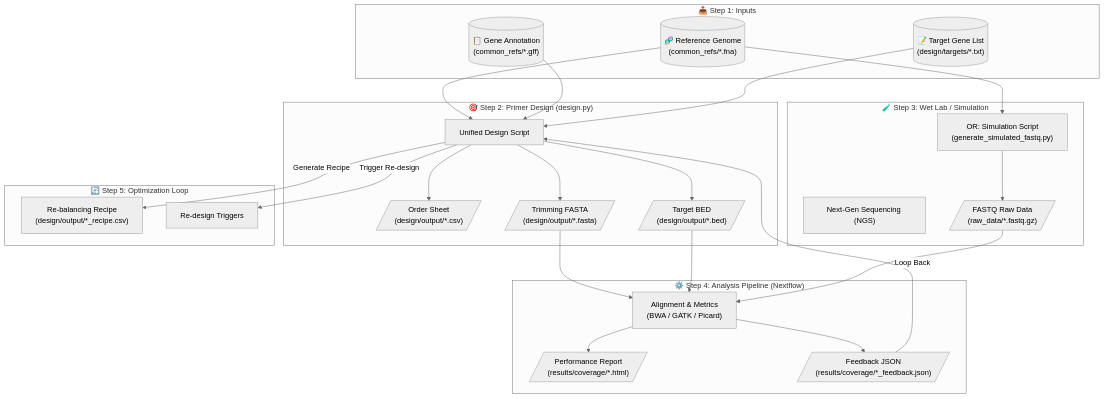
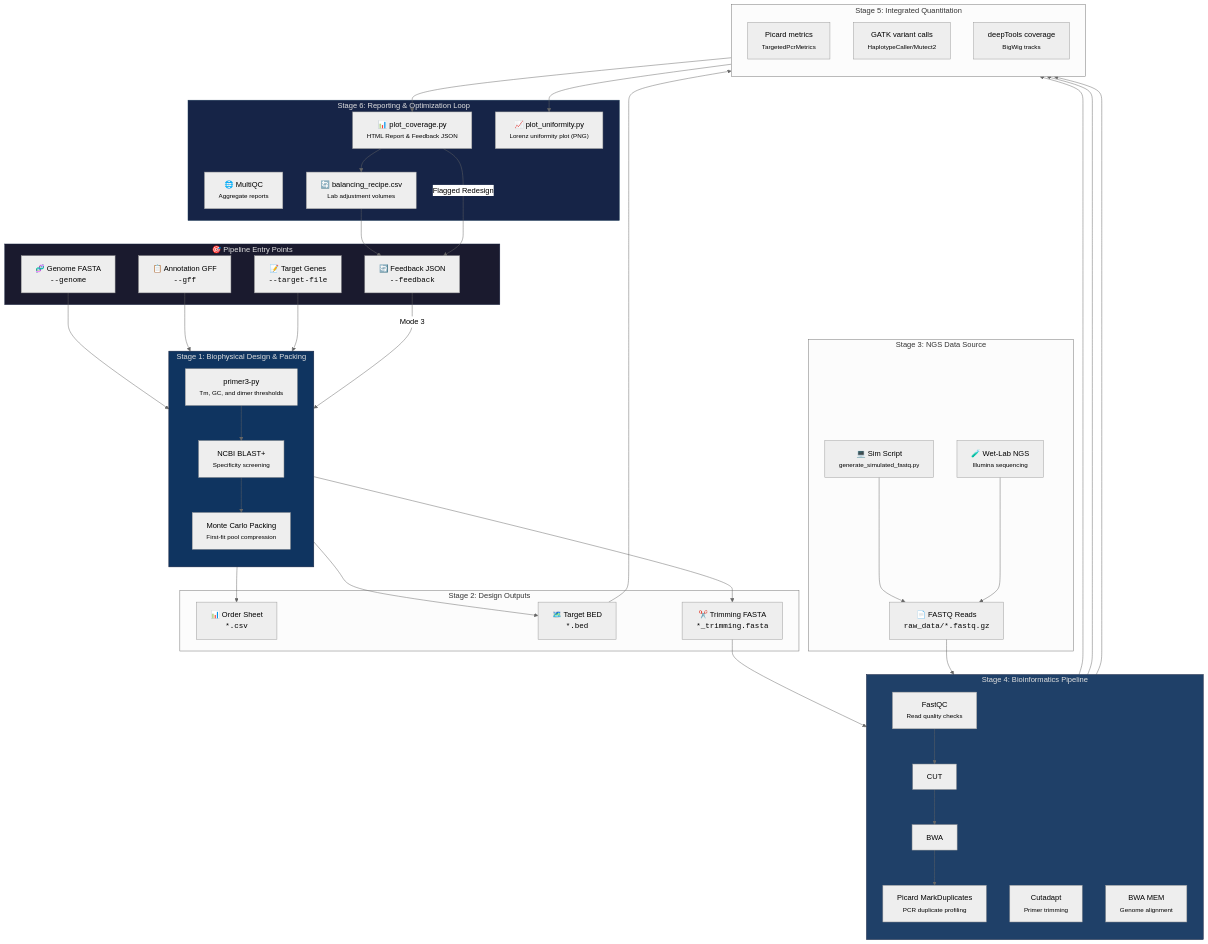
One commit to AHumanBrain/my_amplicon_project changed the first of 3 diagrams in README.md. Above: the diagram before and after it, drawn with Mermaid (neutral theme). The commit also changed other lines of this file, not shown here.

````diff
--- a/README.md
+++ b/README.md
@@ -11,44 +11,71 @@
 ```mermaid
 flowchart TD
-    subgraph INPUTS["📥 Step 1: Inputs"]
-        A1[("🧬 Reference Genome<br/>(common_refs/*.fna)")]
-        A2[("📋 Gene Annotation<br/>(common_refs/*.gff)")]
-        A3[("📝 Target Gene List<br/>(design/targets/*.txt)")]
+    subgraph entry["🎯 Pipeline Entry Points"]
+        GENOME["🧬 Genome FASTA<br/><code>--genome</code>"]
+        GFF["📋 Annotation GFF<br/><code>--gff</code>"]
+        TARGETS["📝 Target Genes<br/><code>--target-file</code>"]
+        FEEDBACK["🔄 Feedback JSON<br/><code>--feedback</code>"]
     end
 
-    subgraph DESIGN["🎯 Step 2: Primer Design (design.py)"]
-        B1["Unified Design Script"]
-        B2[/"Order Sheet<br/>(design/output/*.csv)"/]
-        B3[/"Target BED<br/>(design/output/*.bed)"/]
-        B4[/"Trimming FASTA<br/>(design/output/*.fasta)"/]
+    subgraph s1["Stage 1: Biophysical Design & Packing"]
+        direction TB
+        P3["primer3-py<br/><small>Tm, GC, and dimer thresholds</small>"]
+        BLAST["NCBI BLAST+<br/><small>Specificity screening</small>"]
+        MCMC["Monte Carlo Packing<br/><small>First-fit pool compression</small>"]
+        P3 --> BLAST --> MCMC
     end
 
-    subgraph LAB["🧪 Step 3: Wet Lab / Simulation"]
-        C1["Next-Gen Sequencing (NGS)"]
-        C2["OR: Simulation Script<br/>(generate_simulated_fastq.py)"]
-        C3[/"FASTQ Raw Data<br/>(raw_data/*.fastq.gz)"/]
+    subgraph s2["Stage 2: Design Outputs"]
+        CSV["📊 Order Sheet<br/><code>*.csv</code>"]
+        BED["🗺️ Target BED<br/><code>*.bed</code>"]
+        FASTAC["✂️ Trimming FASTA<br/><code>*_trimming.fasta</code>"]
     end
 
-    subgraph ANALYSIS["⚙️ Step 4: Analysis Pipeline (Nextflow)"]
-        D1["Alignment & Metrics<br/>(BWA / GATK / Picard)"]
-        D2[/"Performance Report<br/>(results/coverage/*.html)"/]
-        D3[/"Feedback JSON<br/>(results/coverage/*_feedback.json)"/]
+    subgraph s3["Stage 3: NGS Data Source"]
+        WET["🧪 Wet-Lab NGS<br/><small>Illumina sequencing</small>"]
+        SIM["💻 Sim Script<br/><small>generate_simulated_fastq.py</small>"]
+        FQ["📄 FASTQ Reads<br/><code>raw_data/*.fastq.gz</code>"]
+        SIM --> FQ
+        WET --> FQ
     end
 
-    subgraph OPTIMIZE["🔄 Step 5: Optimization Loop"]
-        E1["Re-balancing Recipe<br/>(design/output/*_recipe.csv)"]
-        E2["Re-design Triggers"]
+    subgraph s4["Stage 4: Bioinformatics Pipeline"]
+        direction TB
+        FQC["FastQC<br/><small>Read quality checks</small>"]
+        TRIM["Cutadapt<br/><small>Primer trimming</small>"]
+        ALIGN["BWA MEM<br/><small>Genome alignment</small>"]
+        DUP["Picard MarkDuplicates<br/><small>PCR duplicate profiling</small>"]
+        FQC --> CUT --> BWA --> DUP
     end
 
-    %% Flow Connections
-    A1 & A2 & A3 --> B1
-    B1 --> B2 & B3 & B4
-    B4 --> D1
-    B3 --> D1
-    A1 --> C2 --> C3
-    C3 --> D1
-    D1 --> D2 & D3
-    D3 -- "Loop Back" --> B1
-    B1 -- "Generate Recipe" --> E1
-    B1 -- "Trigger Re-design" --> E2
+    subgraph s5["Stage 5: Integrated Quantitation"]
+        direction TB
+        PIC["Picard metrics<br/><small>TargetedPcrMetrics</small>"]
+        GATK["GATK variant calls<br/><small>HaplotypeCaller/Mutect2</small>"]
+        DEEP["deepTools coverage<br/><small>BigWig tracks</small>"]
+    end
+
+    subgraph s6["Stage 6: Reporting & Optimization Loop"]
+        REP["📊 plot_coverage.py<br/><small>HTML Report & Feedback JSON</small>"]
+        PLOT["📈 plot_uniformity.py<br/><small>Lorenz uniformity plot (PNG)</small>"]
+        MQC["🌐 MultiQC<br/><small>Aggregate reports</small>"]
+        RECIPE["🔄 balancing_recipe.csv<br/><small>Lab adjustment volumes</small>"]
+    end
+
+    GENOME & GFF & TARGETS --> P3
+    FEEDBACK -- "Mode 3" --> P3
+    MCMC --> CSV & BED & FASTAC
+    FASTAC --> CUT
+    BED --> PIC
+    FQ --> FQC
+    DUP --> PIC & GATK & DEEP
+    PIC --> REP & PLOT
+    REP --> RECIPE
+    RECIPE --> FEEDBACK
+    REP -- "Flagged Redesign" --> FEEDBACK
+
+    style entry fill:#1a1a2e,stroke:#16213e,color:#e0e0e0
+    style s1 fill:#0f3460,stroke:#16213e,color:#e0e0e0
+    style s4 fill:#1f4068,stroke:#16213e,color:#e0e0e0
+    style s6 fill:#162447,stroke:#1e3d59,color:#e0e0e0
 ```
````
